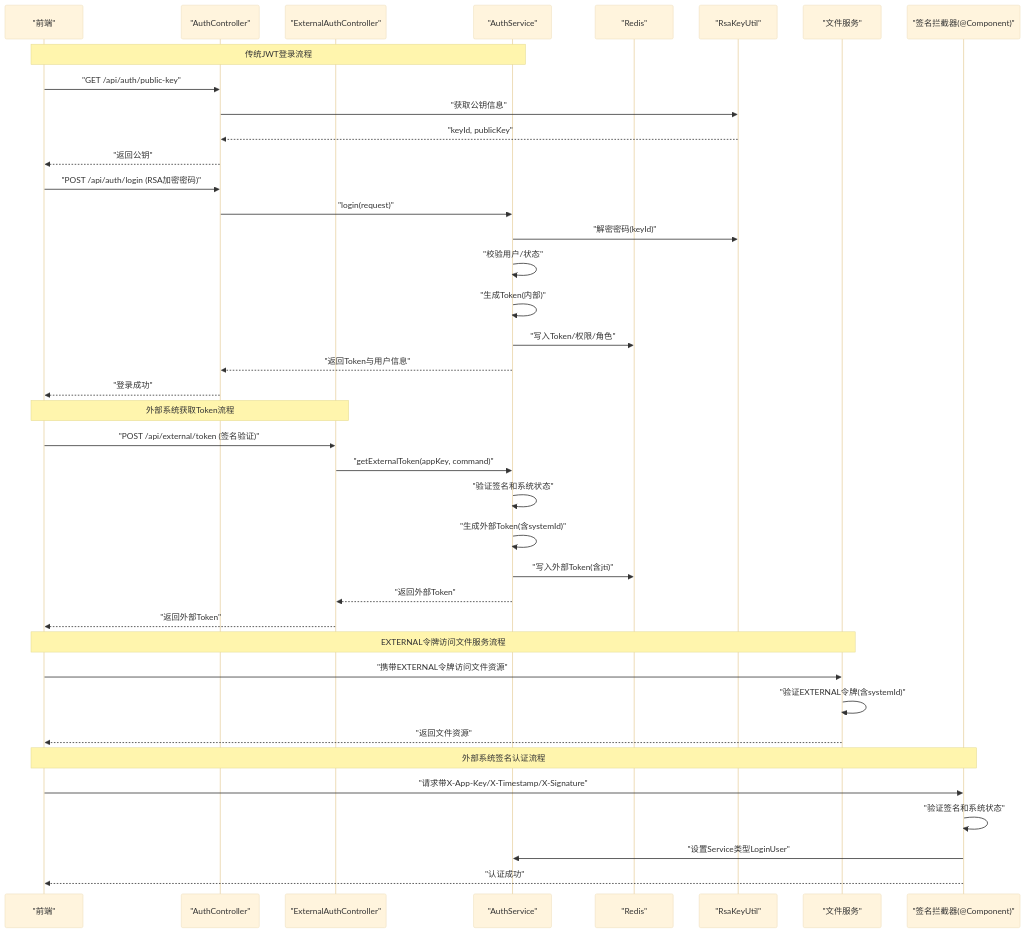
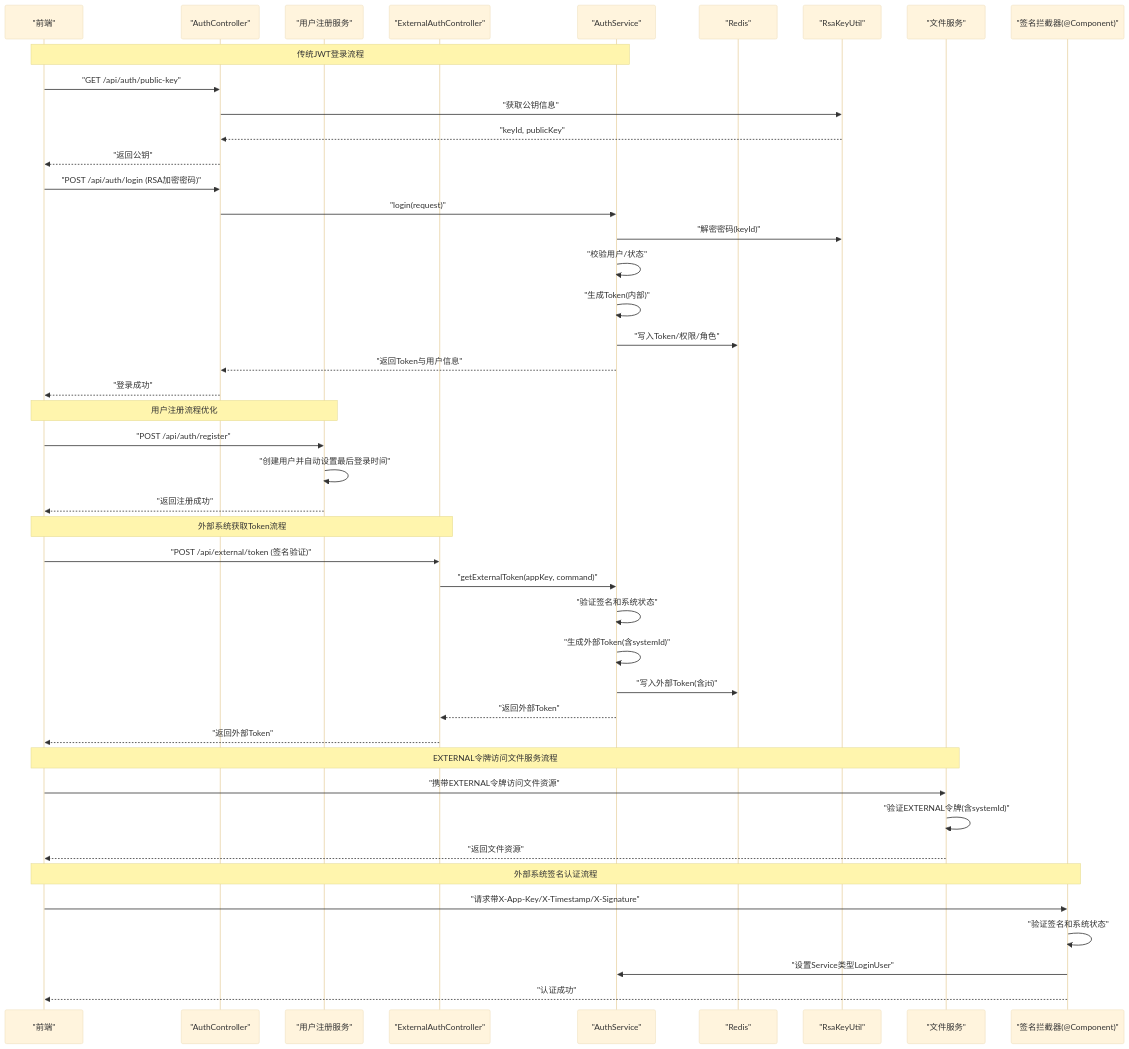
Before and after one commit to DrunkFood/First: diagram 15 of 16 in .qoder/repowiki/zh/content/后端服务/公共模块 (ele-ai-tender-common)/安全认证与授权.md, drawn with Mermaid (base theme). The commit also changed other lines of this file and 103 other files, not shown here.

````diff
--- a/.qoder/repowiki/zh/content/后端服务/公共模块 (ele-ai-tender-common)/安全认证与授权.md
+++ b/.qoder/repowiki/zh/content/后端服务/公共模块 (ele-ai-tender-common)/安全认证与授权.md
@@ -633,41 +677,46 @@
 ```mermaid
 sequenceDiagram
 participant FE as "前端"
 participant AC as "AuthController"
+participant RegService as "用户注册服务"
 participant EAC as "ExternalAuthController"
 participant AS as "AuthService"
 participant Redis as "Redis"
 participant RSA as "RsaKeyUtil"
 participant FileSvc as "文件服务"
 participant SigInt as "签名拦截器(@Component)"
 Note over FE,AS : 传统JWT登录流程
 FE->>AC : "GET /api/auth/public-key"
 AC->>RSA : "获取公钥信息"
 RSA-->>AC : "keyId, publicKey"
 AC-->>FE : "返回公钥"
 FE->>AC : "POST /api/auth/login (RSA加密密码)"
 AC->>AS : "login(request)"
 AS->>RSA : "解密密码(keyId)"
 AS->>AS : "校验用户/状态"
 AS->>AS : "生成Token(内部)"
 AS->>Redis : "写入Token/权限/角色"
 AS-->>AC : "返回Token与用户信息"
 AC-->>FE : "登录成功"
+Note over FE,RegService : 用户注册流程优化
+FE->>RegService : "POST /api/auth/register"
+RegService->>RegService : "创建用户并自动设置最后登录时间"
+RegService-->>FE : "返回注册成功"
 Note over FE,EAC : 外部系统获取Token流程
 FE->>EAC : "POST /api/external/token (签名验证)"
 EAC->>AS : "getExternalToken(appKey, command)"
 AS->>AS : "验证签名和系统状态"
 AS->>AS : "生成外部Token(含systemId)"
 AS->>Redis : "写入外部Token(含jti)"
 AS-->>EAC : "返回外部Token"
 EAC-->>FE : "返回外部Token"
 Note over FE,FileSvc : EXTERNAL令牌访问文件服务流程
 FE->>FileSvc : "携带EXTERNAL令牌访问文件资源"
 FileSvc->>FileSvc : "验证EXTERNAL令牌(含systemId)"
 FileSvc-->>FE : "返回文件资源"
 Note over FE,SigInt : 外部系统签名认证流程
 FE->>SigInt : "请求带X-App-Key/X-Timestamp/X-Signature"
 SigInt->>SigInt : "验证签名和系统状态"
 SigInt->>AS : "设置Service类型LoginUser"
 SigInt-->>FE : "认证成功"
 ```
````
